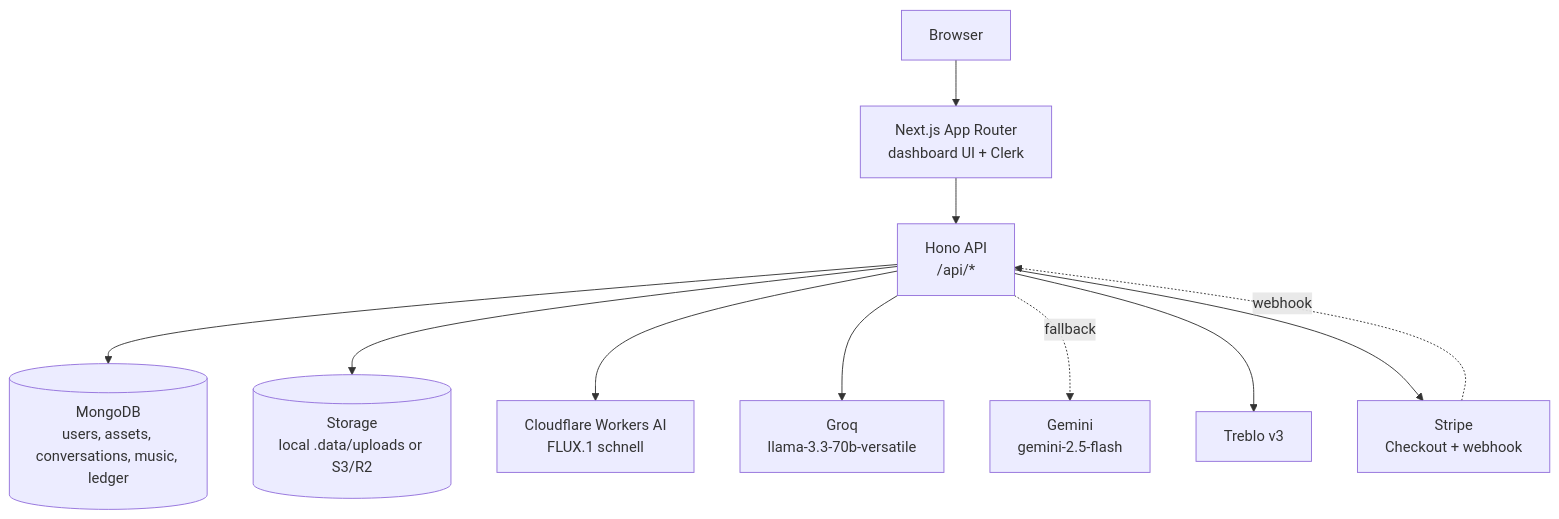
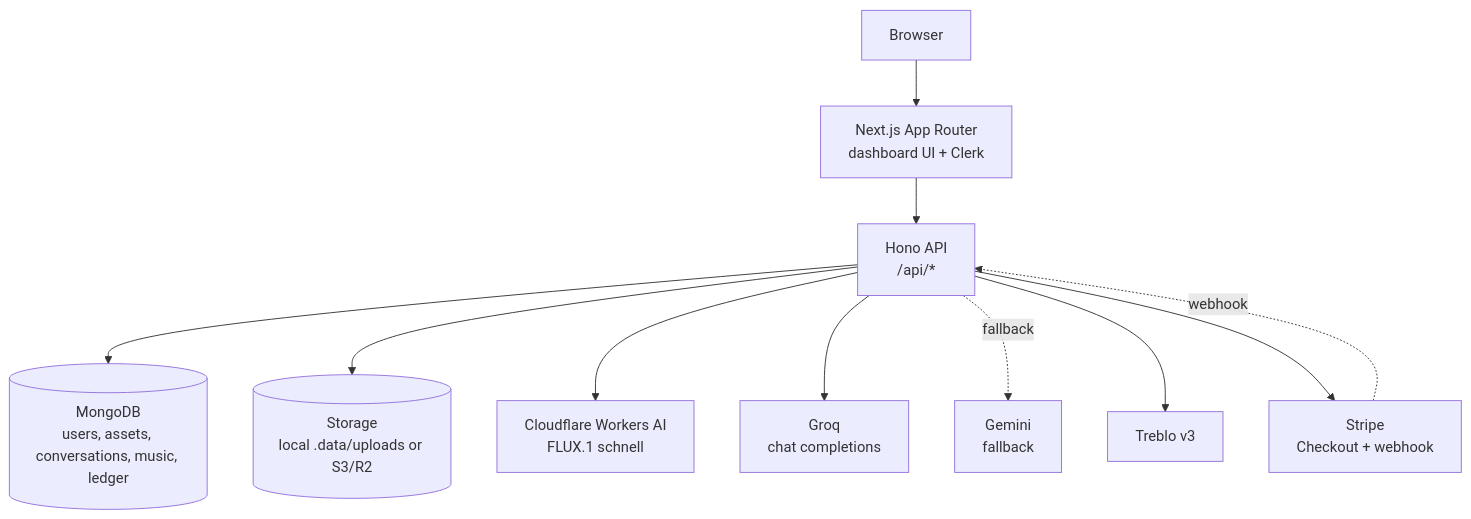
The diagram in README.md (ni3420/vision), drawn with Mermaid before and after one commit. The commit also changed other lines of this file and 26 other files, not shown here.

````diff
--- a/README.md
+++ b/README.md
@@ -32,24 +32,24 @@
 ```mermaid
 flowchart TD
     User["Browser"]
     Next["Next.js App Router<br/>dashboard UI + Clerk"]
     API["Hono API<br/>/api/*"]
     DB[("MongoDB<br/>users, assets, conversations, music, ledger")]
     Store[("Storage<br/>local .data/uploads or S3/R2")]
     CF["Cloudflare Workers AI<br/>FLUX.1 schnell"]
-    Groq["Groq<br/>llama-3.3-70b-versatile"]
-    Gemini["Gemini<br/>gemini-2.5-flash"]
+    Groq["Groq<br/>chat completions"]
+    Gemini["Gemini<br/>fallback"]
     Treblo["Treblo v3"]
     Stripe["Stripe<br/>Checkout + webhook"]
 
     User --> Next
     Next --> API
     API --> DB
     API --> Store
     API --> CF
     API --> Groq
     API -. fallback .-> Gemini
     API --> Treblo
     API --> Stripe
     Stripe -. webhook .-> API
 ```
````
